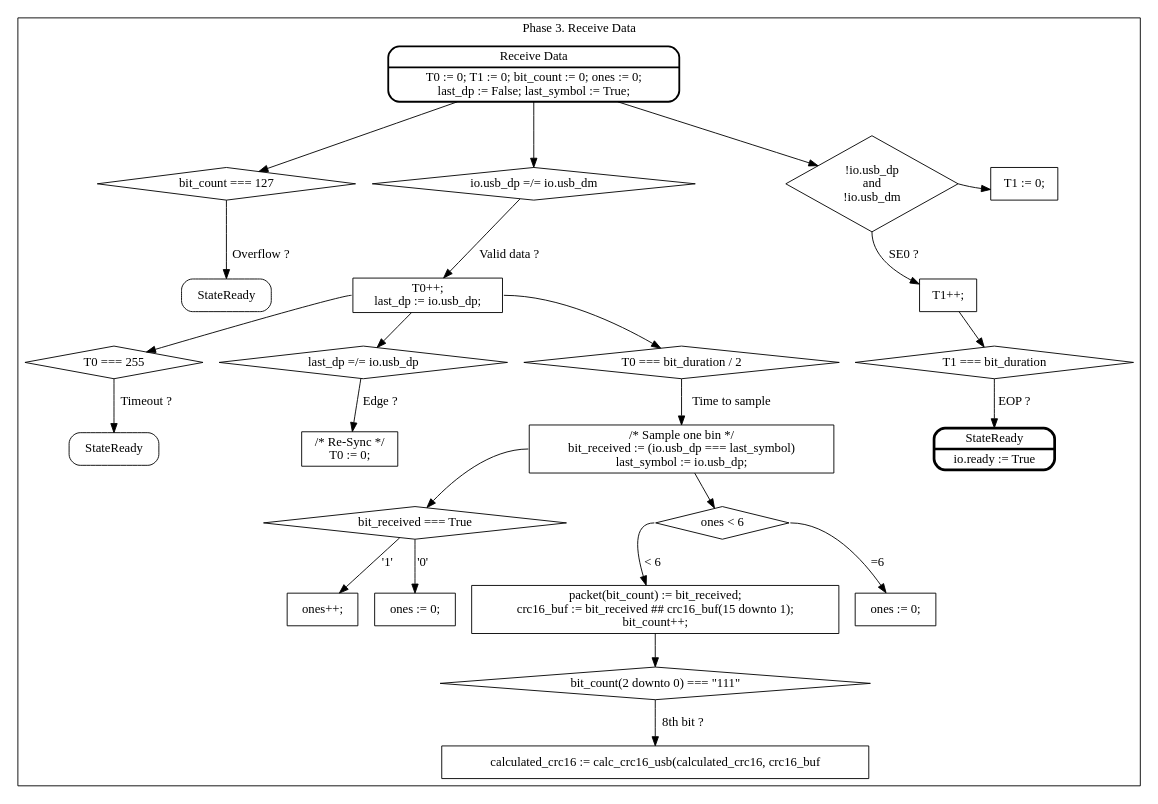
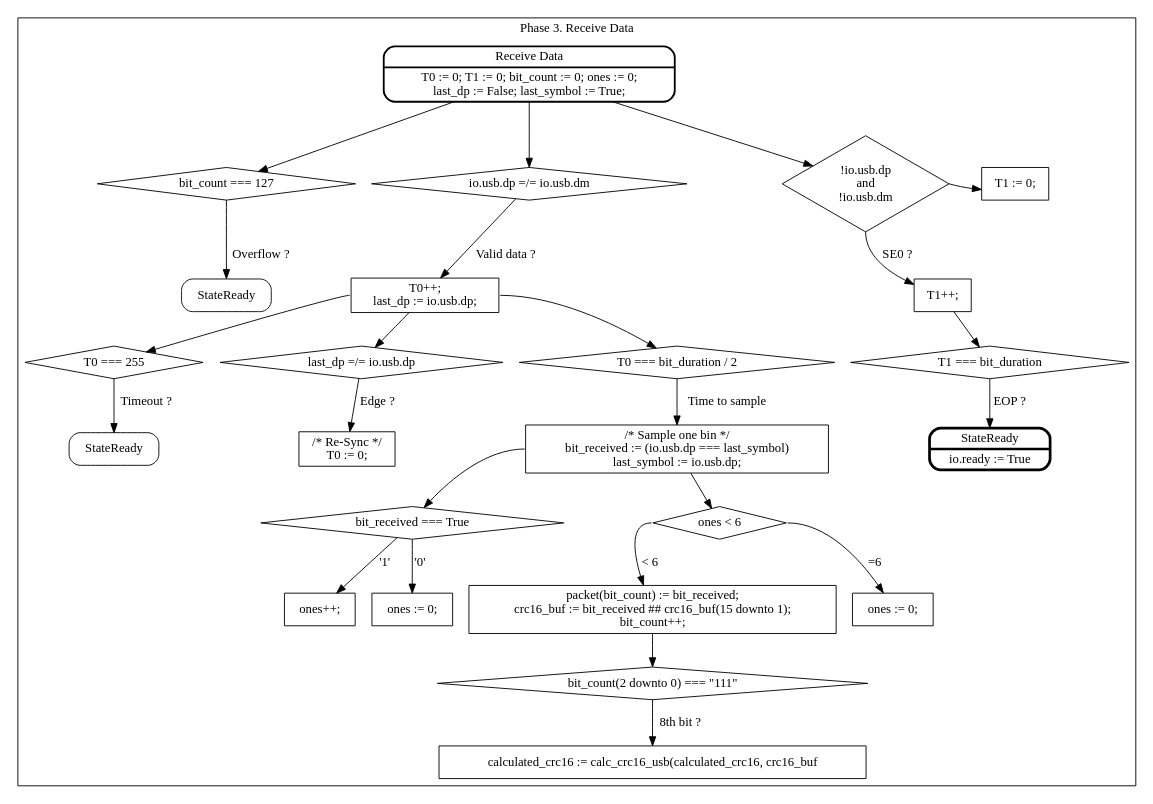
Before and after one commit to pointcheck/KarnixSOC: the diagram in doc/graphs/USB10/USBReceiver3.dot, drawn with Graphviz. The commit also changed 23 other files, not shown here.

Commit message:
USB10: Update FMS diagrams to meat new structure of USBInterface

```diff
--- a/doc/graphs/USB10/USBReceiver3.dot
+++ b/doc/graphs/USB10/USBReceiver3.dot
@@ -1,56 +1,56 @@
 digraph USBReceiver {
 
 	subgraph cluster_3 {
 	
 		label = "Phase 3. Receive Data"
 		rankdir=TB; // Layout from top to bottom
 		node [shape=Mrecord]; // Shape of the nodes
 	
 		StateRecevingData[penwidth=2, label = "{Receive Data|T0 := 0; T1 := 0; bit_count := 0; ones := 0;\nlast_dp := False; last_symbol := True;}"];
 		StateRecevingData -> StateRecevingData_Overflow_diamond; StateRecevingData_Overflow_diamond[shape = "diamond", label = "bit_count === 127"]
 		StateRecevingData_Overflow_diamond -> StateReady31[label = "Overflow ?"]; StateReady31[label = "StateReady"]
 		//StateReady31 -> StateRecevingData_SE0_diamond[style = "invis"]
 
 	
-		StateRecevingData -> StateRecevingData_ValidData_diamond; StateRecevingData_ValidData_diamond[shape = "diamond", label = "io.usb_dp =/= io.usb_dm"];
-		StateRecevingData_ValidData_diamond -> StateRecevingData_ValidData_box[label = "Valid data ?"]; StateRecevingData_ValidData_box[shape = "box", label = "T0++;\nlast_dp := io.usb_dp;"];
+		StateRecevingData -> StateRecevingData_ValidData_diamond; StateRecevingData_ValidData_diamond[shape = "diamond", label = "io.usb.dp =/= io.usb.dm"];
+		StateRecevingData_ValidData_diamond -> StateRecevingData_ValidData_box[label = "Valid data ?"]; StateRecevingData_ValidData_box[shape = "box", label = "T0++;\nlast_dp := io.usb.dp;"];
 		StateRecevingData_ValidData_box:w -> StateRecevingData_ValidData_Timeout_diamond; StateRecevingData_ValidData_Timeout_diamond[shape = "diamond", label = "T0 === 255"];
 		StateRecevingData_ValidData_Timeout_diamond -> StateReady3[label = "Timeout ?"]; StateReady3[label = "StateReady"]
 	
 
-		StateRecevingData -> StateRecevingData_SE0_diamond; StateRecevingData_SE0_diamond[shape = "diamond", label = "!io.usb_dp\nand\n!io.usb_dm"]
+		StateRecevingData -> StateRecevingData_SE0_diamond; StateRecevingData_SE0_diamond[shape = "diamond", label = "!io.usb.dp\nand\n!io.usb.dm"]
 		StateRecevingData_SE0_diamond:s -> StateRecevingData_SE0_Sample_box[label = "SE0 ?"]; StateRecevingData_SE0_Sample_box[shape = "box", label = "T1++;"];
 		StateRecevingData_SE0_Sample_box -> StateRecevingData_SE0_Sample_diamond; StateRecevingData_SE0_Sample_diamond[shape = "diamond", label = "T1 === bit_duration"];
 		StateRecevingData_SE0_Sample_diamond -> StateReady32[label = "EOP ?"]; StateReady32[penwidth=3, label = "{StateReady|io.ready := True}"];
 		{StateRecevingData_SE0_diamond:e -> StateRecevingData_SE0_ZeroT1_box; rank = same; StateRecevingData_SE0_ZeroT1_box[shape = "box", label = "T1 := 0;"]}
 
 	
-		StateRecevingData_ValidData_box -> StateRecevingData_ValidData_ReSync_diamond; StateRecevingData_ValidData_ReSync_diamond[shape = "diamond", label = "last_dp =/= io.usb_dp"];
+		StateRecevingData_ValidData_box -> StateRecevingData_ValidData_ReSync_diamond; StateRecevingData_ValidData_ReSync_diamond[shape = "diamond", label = "last_dp =/= io.usb.dp"];
 		//StateReady3 -> StateRecevingData_ValidData_ReSync_diamond[style = "invis"];
 	
 		StateRecevingData_ValidData_ReSync_diamond -> StateRecevingData_ValidData_ReSync_box[label = "Edge ?"]; StateRecevingData_ValidData_ReSync_box[shape = "box", label = "/* Re-Sync */\nT0 := 0;"]
 		//StateRecevingData_ValidData_box -> StateRecevingData_ValidData_BitDuration_diamond; StateRecevingData_ValidData_BitDuration_diamond[shape = "diamond", label = "T0 === bit_duration"];
 		//StateRecevingData_ValidData_BitDuration_diamond -> StateRecevingData_ValidData_ReSync_box[label = "Too long ?"];
 	
 		StateRecevingData_ValidData_box:e -> StateRecevingData_ValidData_HalfBitDuration_diamond; StateRecevingData_ValidData_HalfBitDuration_diamond[shape = "diamond", label = "T0 === bit_duration / 2"];
 		StateRecevingData_ValidData_HalfBitDuration_diamond -> StateRecevingData_ValidData_HalfBitDuration_box[label = "Time to sample"];
-		StateRecevingData_ValidData_HalfBitDuration_box[shape = "box", label = "/* Sample one bin */\nbit_received := (io.usb_dp === last_symbol)\nlast_symbol := io.usb_dp;"]
+		StateRecevingData_ValidData_HalfBitDuration_box[shape = "box", label = "/* Sample one bin */\nbit_received := (io.usb.dp === last_symbol)\nlast_symbol := io.usb.dp;"]
 		
 		StateRecevingData_ValidData_HalfBitDuration_box:w -> StateRecevingData_ValidData_IsOne_diamond; StateRecevingData_ValidData_IsOne_diamond[shape = "diamond", label = "bit_received === True"];
 		StateRecevingData_ValidData_IsOne_diamond -> StateRecevingData_ValidData_One_box[label = "'1'"]; StateRecevingData_ValidData_One_box[shape = "box", label = "ones++;"]
 		StateRecevingData_ValidData_IsOne_diamond -> StateRecevingData_ValidData_Zero_box[label = "'0'"]; StateRecevingData_ValidData_Zero_box[shape = "box", label = "ones := 0;"]
 		//StateRecevingData_ValidData_ReSync_box -> StateRecevingData_ValidData_HalfBitDuration_diamond[style = "invis"];
 	
 		StateRecevingData_ValidData_HalfBitDuration_box -> StateRecevingData_IsSixOnes_diamond; StateRecevingData_IsSixOnes_diamond[shape = "diamond", label = "ones < 6"];
 		StateRecevingData_IsSixOnes_diamond:w -> StateRecevingData_LessThanSix_box[label = "< 6"]; StateRecevingData_LessThanSix_box[shape = "box", label = "packet(bit_count) := bit_received;\ncrc16_buf := bit_received ## crc16_buf(15 downto 1);\nbit_count++;"]
 		StateRecevingData_LessThanSix_box -> StateRecevingData_IsCRC16_diamond; StateRecevingData_IsCRC16_diamond[shape = "diamond", label = "bit_count(2 downto 0) === \"111\""]; 
 		StateRecevingData_IsCRC16_diamond -> StateRecevingData_CalcCRC16_box[label = "8th bit ?"]; StateRecevingData_CalcCRC16_box[shape = "box", label = "calculated_crc16 := calc_crc16_usb(calculated_crc16, crc16_buf"];
 
 
 		StateRecevingData_IsSixOnes_diamond:e -> StateRecevingData_Six[label = "=6"]; StateRecevingData_Six[shape = "box", label = "ones := 0;"]
 		//StateRecevingData_ValidData_One_box -> StateRecevingData_IsSixOnes_diamond[style = "invis"]
 		//StateRecevingData_ValidData_ReSync_box -> StateRecevingData_ValidData_IsOne_diamond[style = "invis"]
 		StateRecevingData_ValidData_ReSync_diamond -> StateRecevingData_ValidData_IsOne_diamond[style = "invis"]
 			
 	}
 }
```
